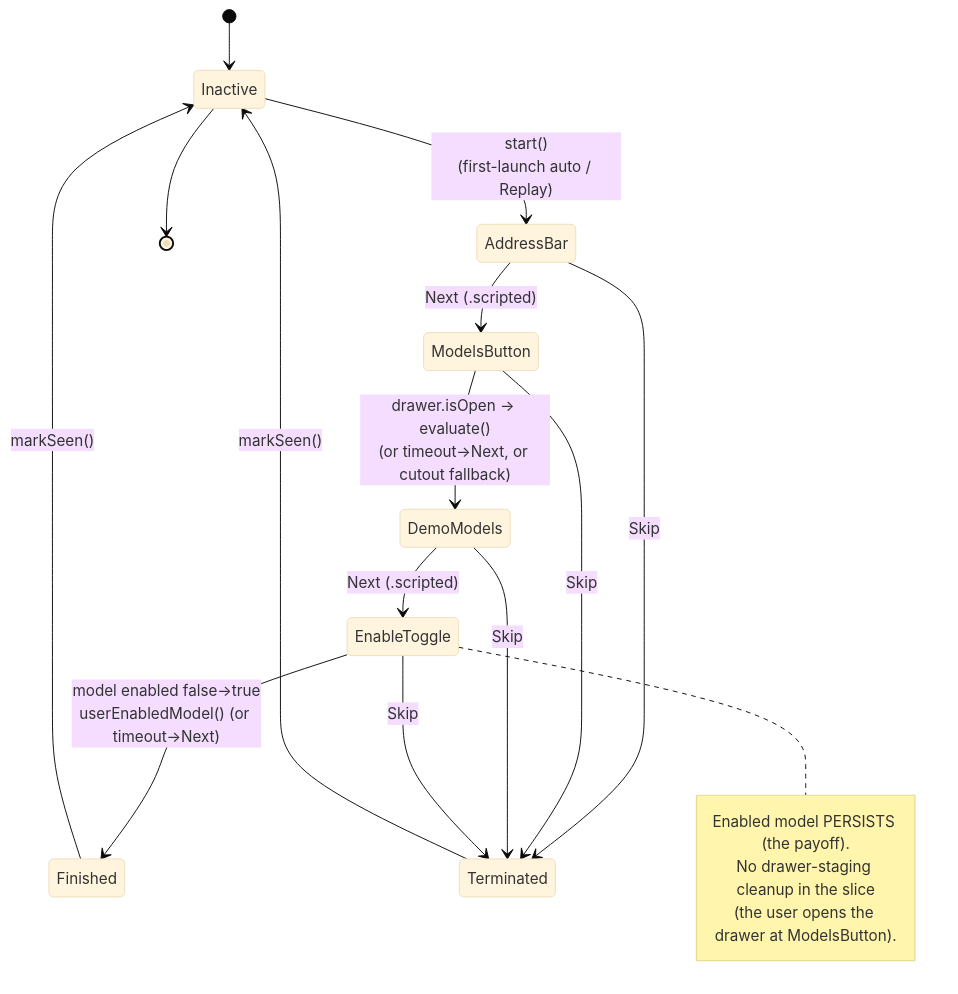
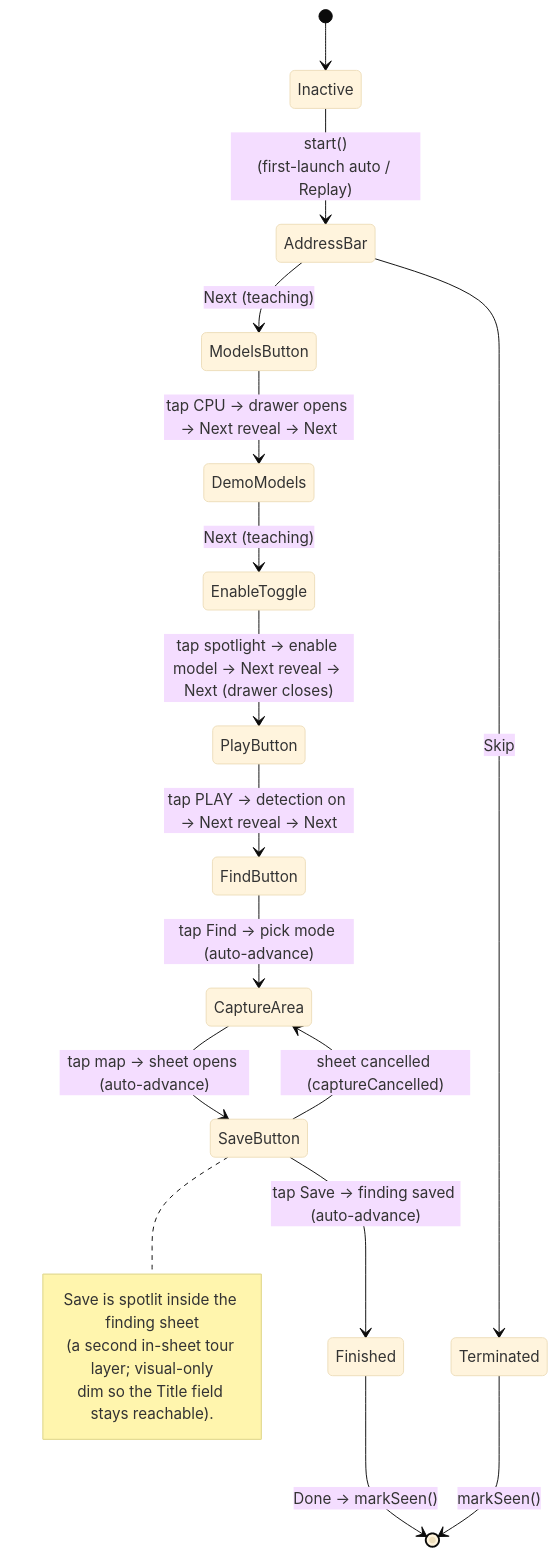
The second of 4 diagrams in ios/MLBrowser/iOS/UI/Tour/ARCHITECTURE.md (aiarcheology-com/aiarcheology), drawn with Mermaid (base theme) before and after one commit. The commit also changed other lines of this file and 6 other files, not shown here.

First line of the commit message:
[AIA-0333] Address PR review: sync stale tour docs/comments with the rebuild

````diff
--- a/ios/MLBrowser/iOS/UI/Tour/ARCHITECTURE.md
+++ b/ios/MLBrowser/iOS/UI/Tour/ARCHITECTURE.md
@@ -68,25 +77,25 @@
 ```mermaid
 stateDiagram-v2
     [*] --> Inactive
     Inactive --> AddressBar : start()<br/>(first-launch auto / Replay)
 
-    AddressBar --> ModelsButton : Next (.scripted)
-    ModelsButton --> DemoModels : drawer.isOpen → evaluate()<br/>(or timeout→Next, or cutout fallback)
-    DemoModels --> EnableToggle : Next (.scripted)
-    EnableToggle --> Finished : model enabled false→true<br/>userEnabledModel() (or timeout→Next)
+    AddressBar --> ModelsButton : Next (teaching)
+    ModelsButton --> DemoModels : tap CPU → drawer opens → Next reveal → Next
+    DemoModels --> EnableToggle : Next (teaching)
+    EnableToggle --> PlayButton : tap spotlight → enable model → Next reveal → Next (drawer closes)
+    PlayButton --> FindButton : tap PLAY → detection on → Next reveal → Next
+    FindButton --> CaptureArea : tap Find → pick mode (auto-advance)
+    CaptureArea --> SaveButton : tap map → sheet opens (auto-advance)
+    SaveButton --> Finished : tap Save → finding saved (auto-advance)
+    Finished --> [*] : Done → markSeen()
 
+    SaveButton --> CaptureArea : sheet cancelled (captureCancelled)
     AddressBar --> Terminated : Skip
-    ModelsButton --> Terminated : Skip
-    DemoModels --> Terminated : Skip
-    EnableToggle --> Terminated : Skip
+    Terminated --> [*] : markSeen()
 
-    Finished --> Inactive : markSeen()
-    Terminated --> Inactive : markSeen()
-    Inactive --> [*]
-
-    note right of EnableToggle
-        Enabled model PERSISTS (the payoff).
-        No drawer-staging cleanup in the slice
-        (the user opens the drawer at ModelsButton).
+    note right of SaveButton
+        Save is spotlit inside the finding sheet
+        (a second in-sheet tour layer; visual-only
+        dim so the Title field stays reachable).
     end note
 ```
````
